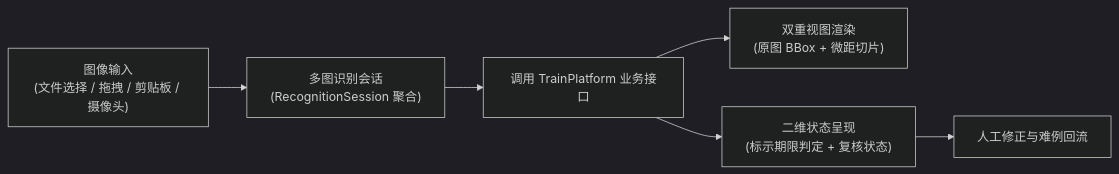
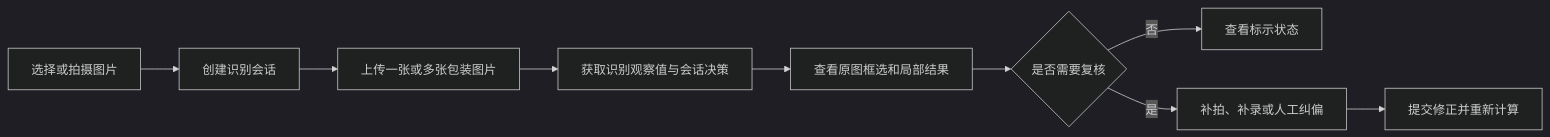
Before and after one commit to QingMouFoodDate/WebClient: the diagram in README.md, drawn with Mermaid (dark theme). The commit also changed other lines of this file, not shown here.

````diff
--- a/README.md
+++ b/README.md
@@ -14,8 +33,11 @@
 ```mermaid
 flowchart LR
-    A["图像输入<br/>(文件选择 / 拖拽 / 剪贴板 / 摄像头)"] --> B["多图识别会话<br/>(RecognitionSession 聚合)"]
-    B --> C["调用 TrainPlatform 业务接口"]
-    C --> D["双重视图渲染<br/>(原图 BBox + 微距切片)"]
-    C --> E["二维状态呈现<br/>(标示期限判定 + 复核状态)"]
-    E --> F["人工修正与难例回流"]
+    A["选择或拍摄图片"] --> B["创建识别会话"]
+    B --> C["上传一张或多张包装图片"]
+    C --> D["获取识别观察值与会话决策"]
+    D --> E["查看原图框选和局部结果"]
+    E --> F{"是否需要复核"}
+    F -->|"否"| G["查看标示状态"]
+    F -->|"是"| H["补拍、补录或人工纠偏"]
+    H --> I["提交修正并重新计算"]
 ```
````
